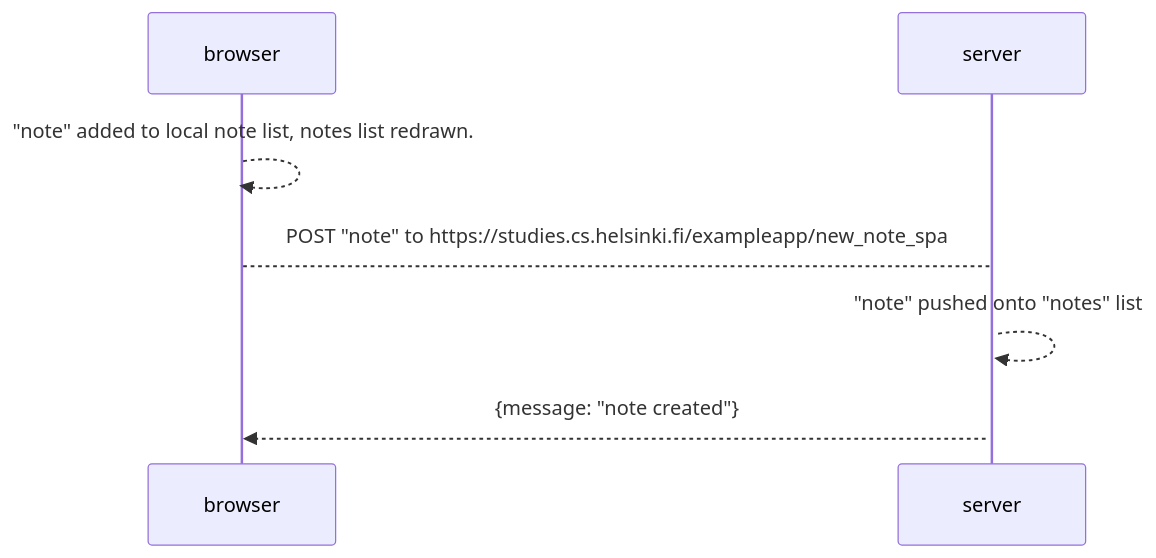
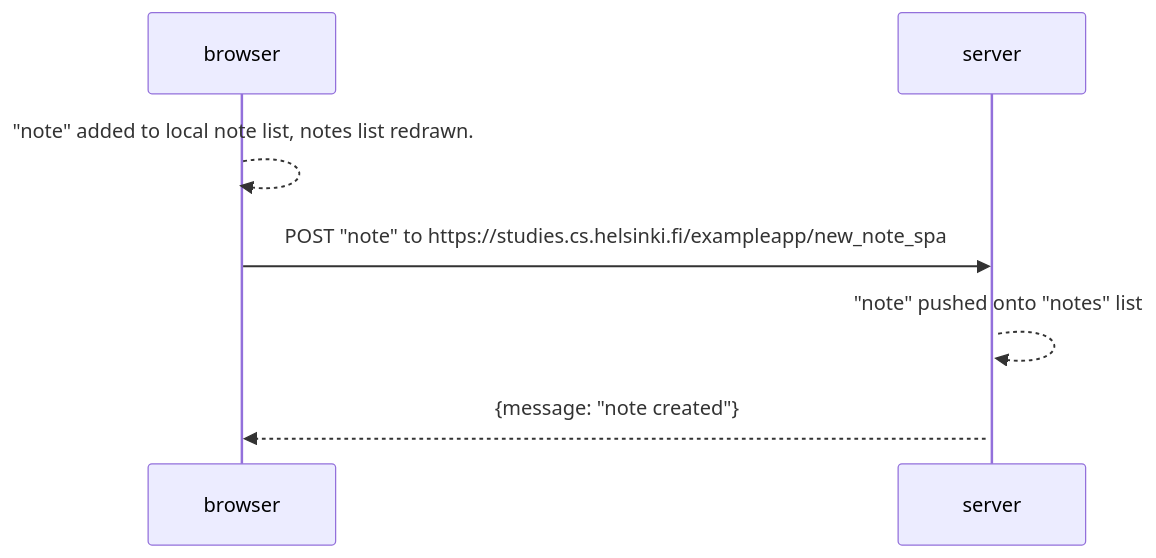
One commit to gul3isg00/fullStackOpen2023 changed the second of 2 diagrams in exercise5.md. Above: the diagram before and after it, drawn with Mermaid.

````diff
--- a/exercise5.md
+++ b/exercise5.md
@@ -29,11 +29,11 @@
 ```mermaid
 sequenceDiagram
     participant browser
     participant server
 
     browser-->>browser: "note" added to local note list, notes list redrawn.
-    browser-->server: POST "note" to https://studies.cs.helsinki.fi/exampleapp/new_note_spa
+    browser->>server: POST "note" to https://studies.cs.helsinki.fi/exampleapp/new_note_spa
     activate server
     server-->>server: "note" pushed onto "notes" list
     server-->>browser: {message: "note created"}
 ```
````
